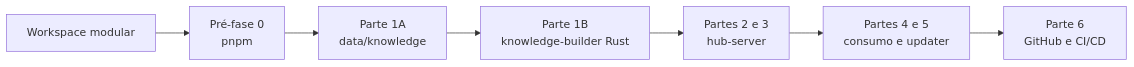
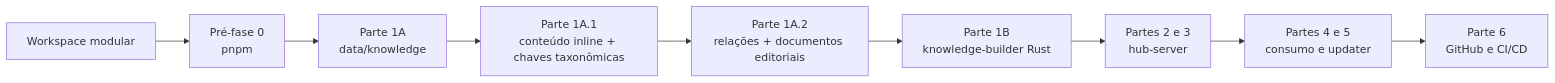
Before and after one commit to migmoroni/veterinary-clinic: the diagram in docs/plans/hub-server/00-pnpm-workspace-migration.md, drawn with Mermaid. The commit also changed 714 other files, not shown here.

````diff
--- a/docs/plans/hub-server/00-pnpm-workspace-migration.md
+++ b/docs/plans/hub-server/00-pnpm-workspace-migration.md
@@ -31,9 +31,11 @@
 ```mermaid
 flowchart LR
     CURRENT["Workspace modular"] --> PNPM["Pré-fase 0<br/>pnpm"]
     PNPM --> DATA["Parte 1A<br/>data/knowledge"]
-    DATA --> BUILDER["Parte 1B<br/>knowledge-builder Rust"]
+    DATA --> LOCALIZED["Parte 1A.1<br/>conteúdo inline + chaves taxonômicas"]
+    LOCALIZED --> RELATIONS["Parte 1A.2<br/>relações + documentos editoriais"]
+    RELATIONS --> BUILDER["Parte 1B<br/>knowledge-builder Rust"]
     BUILDER --> HUB["Partes 2 e 3<br/>hub-server"]
     HUB --> APPS["Partes 4 e 5<br/>consumo e updater"]
     APPS --> CI["Parte 6<br/>GitHub e CI/CD"]
 ```
````
